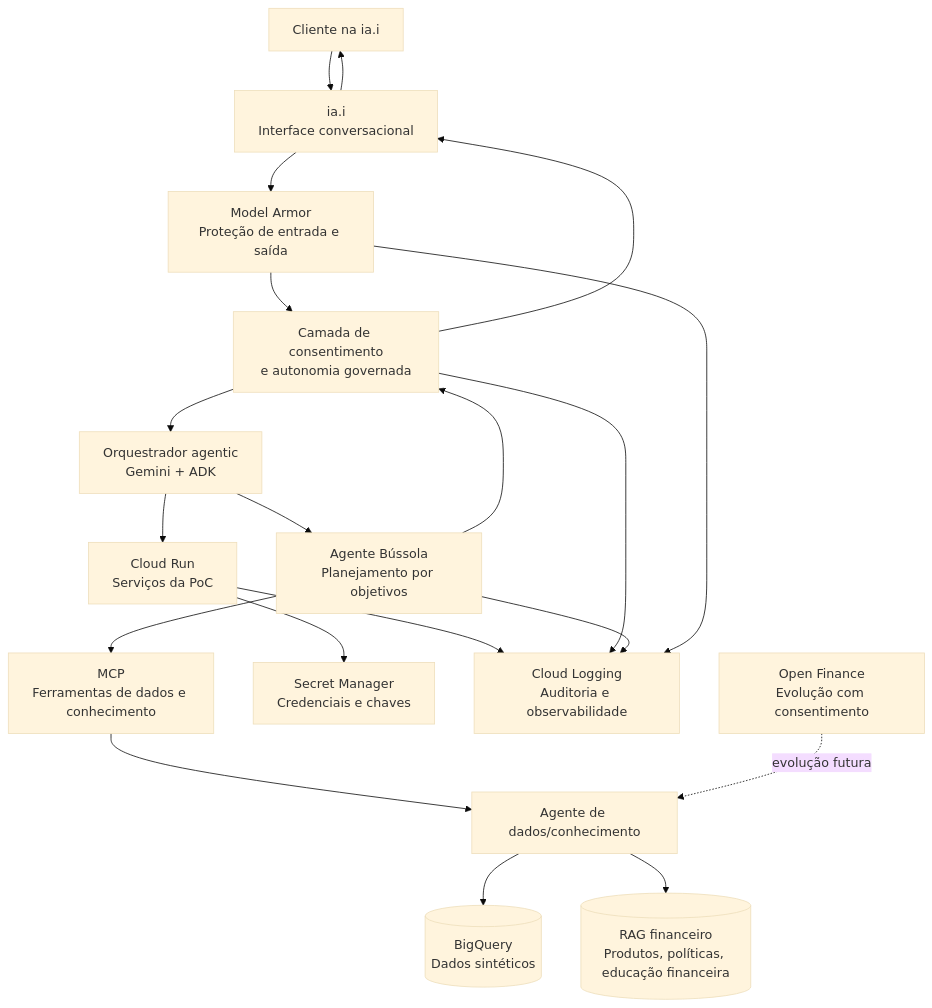
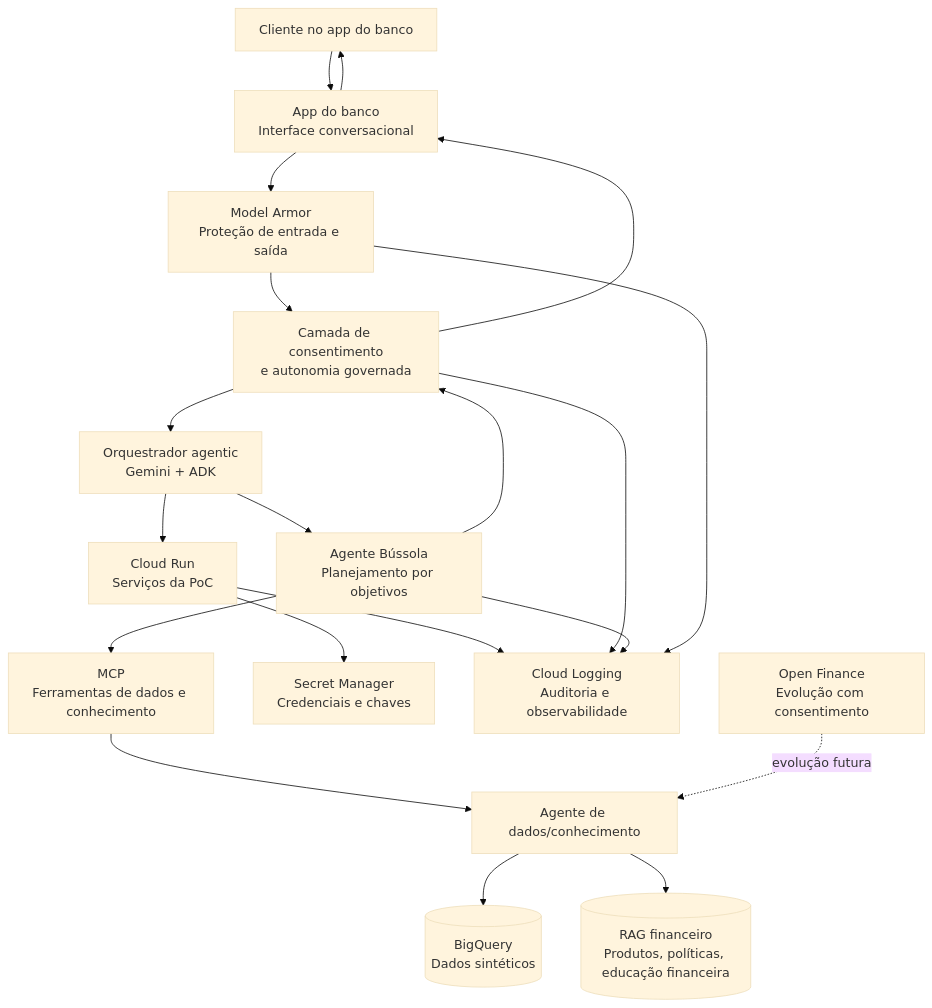
One commit to eusouakell/bussola changed the diagram in docs/arquitetura.md. Above: the diagram before and after it, drawn with Mermaid (base theme). The commit also changed other lines of this file and 75 other files, not shown here.

````diff
--- a/docs/arquitetura.md
+++ b/docs/arquitetura.md
@@ -11,39 +11,39 @@
 ```mermaid
 flowchart TB
-    usuario[Cliente na ia.i]
-    iai[ia.i<br/>Interface conversacional]
+    usuario[Cliente no app do banco]
+    iai[App do banco<br/>Interface conversacional]
     gateway[Camada de consentimento<br/>e autonomia governada]
     orchestrator[Orquestrador agentic<br/>Gemini + ADK]
     planner[Agente Bússola<br/>Planejamento por objetivos]
     mcp[MCP<br/>Ferramentas de dados e conhecimento]
     dataAgent[Agente de dados/conhecimento]
     bq[(BigQuery<br/>Dados sintéticos)]
     rag[(RAG financeiro<br/>Produtos, políticas, educação financeira)]
     armor[Model Armor<br/>Proteção de entrada e saída]
     secrets[Secret Manager<br/>Credenciais e chaves]
     run[Cloud Run<br/>Serviços da PoC]
     logs[Cloud Logging<br/>Auditoria e observabilidade]
     openfinance[Open Finance<br/>Evolução com consentimento]
 
     usuario --> iai
     iai --> armor
     armor --> gateway
     gateway --> orchestrator
     orchestrator --> planner
     planner --> mcp
     mcp --> dataAgent
     dataAgent --> bq
     dataAgent --> rag
     openfinance -. evolução futura .-> dataAgent
 
     orchestrator --> run
     run --> secrets
     run --> logs
     gateway --> logs
     planner --> logs
     armor --> logs
 
     planner --> gateway
     gateway --> iai
     iai --> usuario
 ```
````
